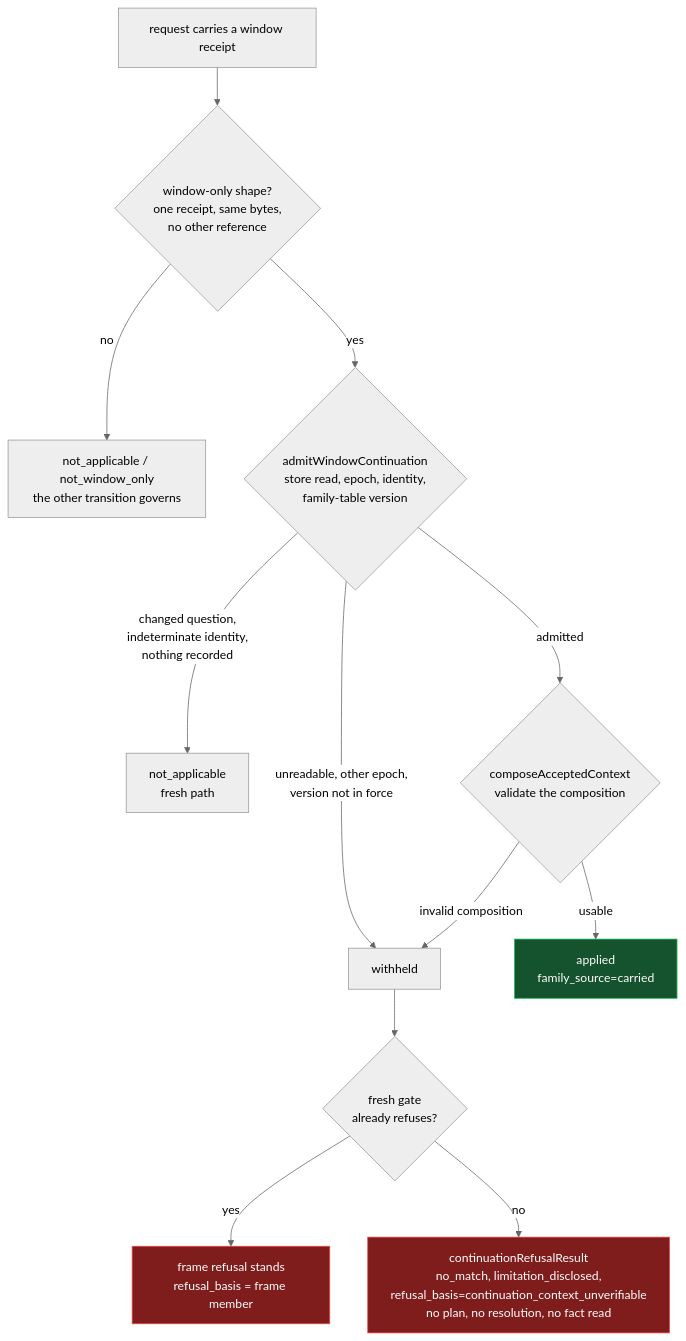
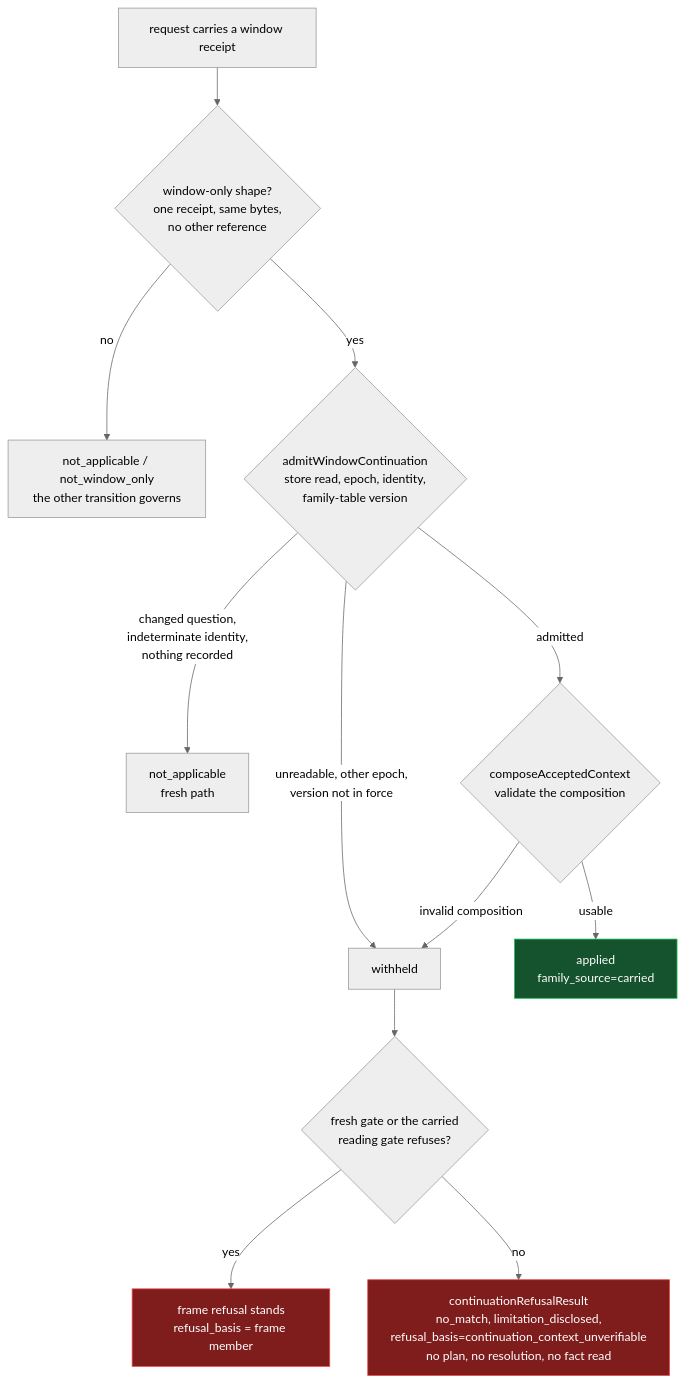
Before and after one commit to full-chaos/dev-health-acr: the eighth of 25 diagrams in docs/design/context-fabric-architecture-diagrams.md, drawn with Mermaid (neutral theme). The commit also changed other lines of this file and 1 other file, not shown here.

First line of the commit message:
test(contextfabric): CHAOS-11293 hold carried_frame_refused to a refusing gate and document the carried gate refusal

````diff
--- a/docs/design/context-fabric-architecture-diagrams.md
+++ b/docs/design/context-fabric-architecture-diagrams.md
@@ -1392,18 +1395,18 @@
 ```mermaid
 flowchart TD
   REQ["request carries a window receipt"] --> SHAPE{"window-only shape?<br/>one receipt, same bytes,<br/>no other reference"}
   SHAPE -->|"no"| NA1["not_applicable / not_window_only<br/>the other transition governs"]
   SHAPE -->|"yes"| ADMIT{"admitWindowContinuation<br/>store read, epoch, identity,<br/>family-table version"}
   ADMIT -->|"changed question,<br/>indeterminate identity,<br/>nothing recorded"| NA2["not_applicable<br/>fresh path"]
   ADMIT -->|"unreadable, other epoch,<br/>version not in force"| WH["withheld"]
   ADMIT -->|"admitted"| COMP{"composeAcceptedContext<br/>validate the composition"}
   COMP -->|"usable"| APPLIED["applied<br/>family_source=carried"]
   COMP -->|"invalid composition"| WH
-  WH --> GATE{"fresh gate<br/>already refuses?"}
+  WH --> GATE{"fresh gate or the carried<br/>reading gate refuses?"}
   GATE -->|"yes"| FRAME["frame refusal stands<br/>refusal_basis = frame member"]
   GATE -->|"no"| REFUSE["continuationRefusalResult<br/>no_match, limitation_disclosed,<br/>refusal_basis=continuation_context_unverifiable<br/>no plan, no resolution, no fact read"]
   class APPLIED fixed
   class REFUSE,FRAME refuse
   classDef fixed fill:#14532d,stroke:#22c55e,color:#ffffff
   classDef refuse fill:#7f1d1d,stroke:#ef4444,color:#ffffff
 ```
````
